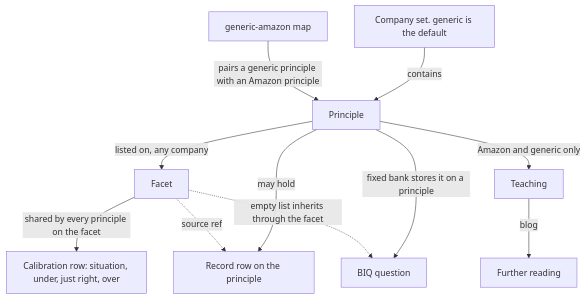
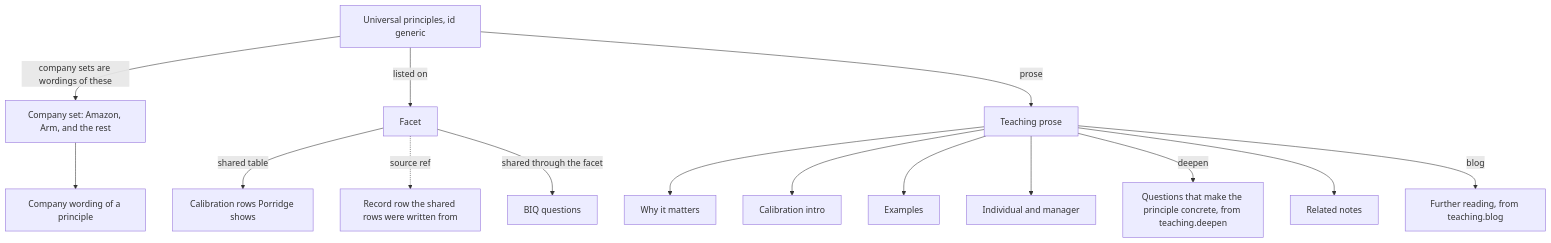
The first of 2 diagrams in README.md (kindel/principles), drawn with Mermaid before and after one commit. The commit also changed other lines of this file, not shown here.

First line of the commit message:
Lead the README with the universal set.

````diff
--- a/README.md
+++ b/README.md
@@ -11,23 +13,33 @@
 ```mermaid
 flowchart TD
-  companySet["Company set. generic is the default"]
-  principle["Principle"]
+  universal["Universal principles, id generic"]
+  companySet["Company set: Amazon, Arm, and the rest"]
+  wording["Company wording of a principle"]
   facet["Facet"]
-  calRow["Calibration row: situation, under, just right, over"]
-  recordRow["Record row on the principle"]
-  teaching["Teaching"]
-  further["Further reading"]
-  gmap["generic-amazon map"]
-  biqQ["BIQ question"]
+  cal["Calibration rows Porridge shows"]
+  record["Record row the shared rows were written from"]
+  teaching["Teaching prose"]
+  why["Why it matters"]
+  calIntro["Calibration intro"]
+  examples["Examples"]
+  looks["Individual and manager"]
+  deepen["Questions that make the principle concrete, from teaching.deepen"]
+  related["Related notes"]
+  further["Further reading, from teaching.blog"]
+  biq["BIQ questions"]
 
-  companySet -->|contains| principle
-  principle -->|listed on, any company| facet
-  facet -->|shared by every principle on the facet| calRow
-  principle -->|may hold| recordRow
-  facet -.->|source ref| recordRow
-  principle -->|Amazon and generic only| teaching
+  universal -->|company sets are wordings of these| companySet
+  companySet --> wording
+  universal -->|listed on| facet
+  facet -->|shared table| cal
+  facet -.->|source ref| record
+  universal -->|prose| teaching
+  teaching --> why
+  teaching --> calIntro
+  teaching --> examples
+  teaching --> looks
+  teaching -->|deepen| deepen
+  teaching --> related
   teaching -->|blog| further
-  gmap -->|pairs a generic principle with an Amazon principle| principle
-  principle -->|fixed bank stores it on a principle| biqQ
-  facet -.->|empty list inherits through the facet| biqQ
+  facet -->|shared through the facet| biq
 ```
````
